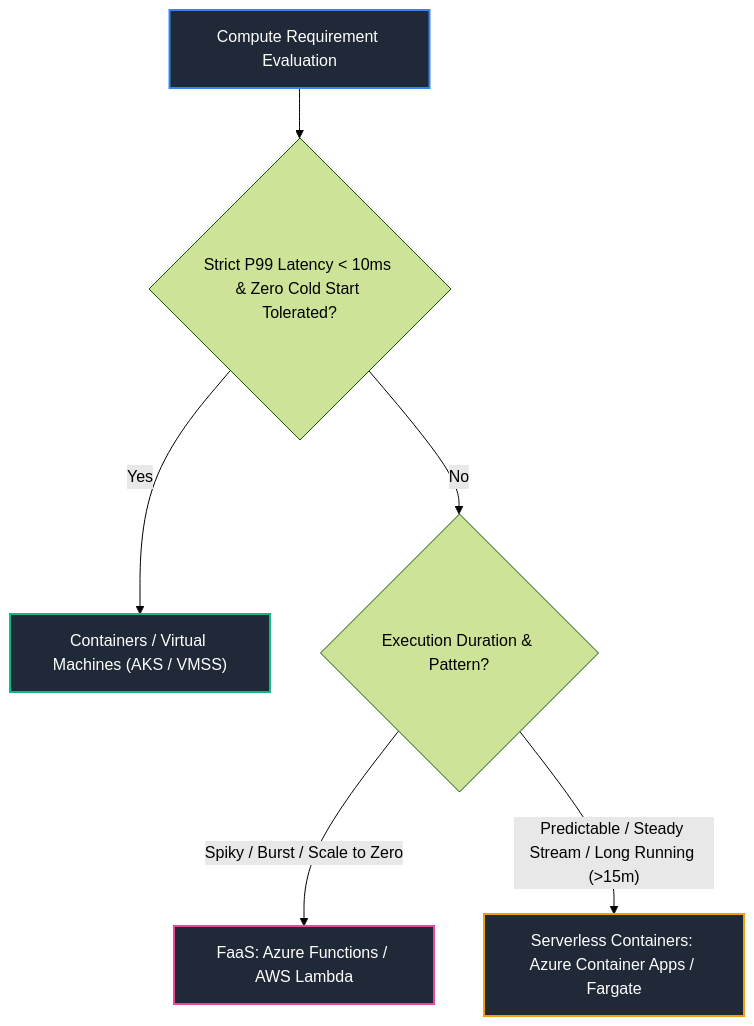
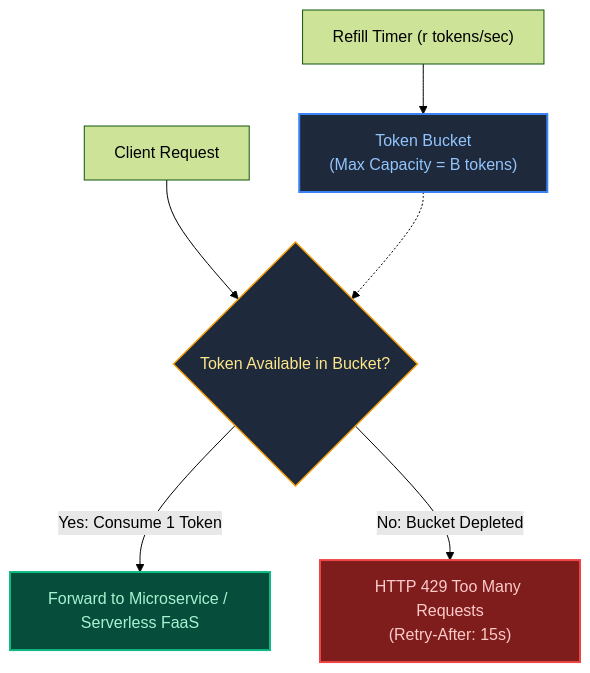
One commit to joydeep-biswas/Interview-Preparation changed diagram 11 of 12 in Cloud Engineering/13_serverless_and_cloud_native_architecture.md. Above: the diagram before and after it, drawn with Mermaid (forest theme). The commit also changed other lines of this file and 143 other files, not shown here.

````diff
--- a/Cloud Engineering/13_serverless_and_cloud_native_architecture.md
+++ b/Cloud Engineering/13_serverless_and_cloud_native_architecture.md
@@ -344,13 +532,13 @@
 ```mermaid
 flowchart TD
-    Req["Compute Requirement Evaluation"] --> Latency{"Strict P99 Latency < 10ms & Zero Cold Start Tolerated?"}
-    Latency -->|"Yes"| Containers["Containers / Virtual Machines (AKS / VMSS)"]
-    Latency -->|"No"| Workload{"Execution Duration & Pattern?"}
-    Workload -->|"Spiky / Burst / Scale to Zero"| FaaS["FaaS: Azure Functions / AWS Lambda"]
-    Workload -->|"Predictable / Steady Stream / Long Running (>15m)"| ACA["Serverless Containers: Azure Container Apps / Fargate"]
+    Clock["Refill Timer (r tokens/sec)"] --> Bucket["Token Bucket<br/>(Max Capacity = B tokens)"]
+    Request["Client Request"] --> Gate{"Token Available in Bucket?"}
+    Bucket -.-> Gate
+    Gate -->|Yes: Consume 1 Token| Backend["Forward to Microservice / Serverless FaaS"]
+    Gate -->|No: Bucket Depleted| Drop["HTTP 429 Too Many Requests<br/>(Retry-After: 15s)"]
 
-    style Req fill:#1f2937,stroke:#3b82f6,stroke-width:2px,color:#fff
-    style Containers fill:#1f2937,stroke:#10b981,stroke-width:2px,color:#fff
-    style FaaS fill:#1f2937,stroke:#ec4899,stroke-width:2px,color:#fff
-    style ACA fill:#1f2937,stroke:#f59e0b,stroke-width:2px,color:#fff
+    style Bucket fill:#1e293b,stroke:#3b82f6,stroke-width:2px,color:#93c5fd
+    style Gate fill:#1e293b,stroke:#f59e0b,stroke-width:1.5px,color:#fde68a
+    style Backend fill:#064e3b,stroke:#10b981,stroke-width:2px,color:#a7f3d0
+    style Drop fill:#7f1d1d,stroke:#ef4444,stroke-width:2px,color:#fecaca
 ```
````
